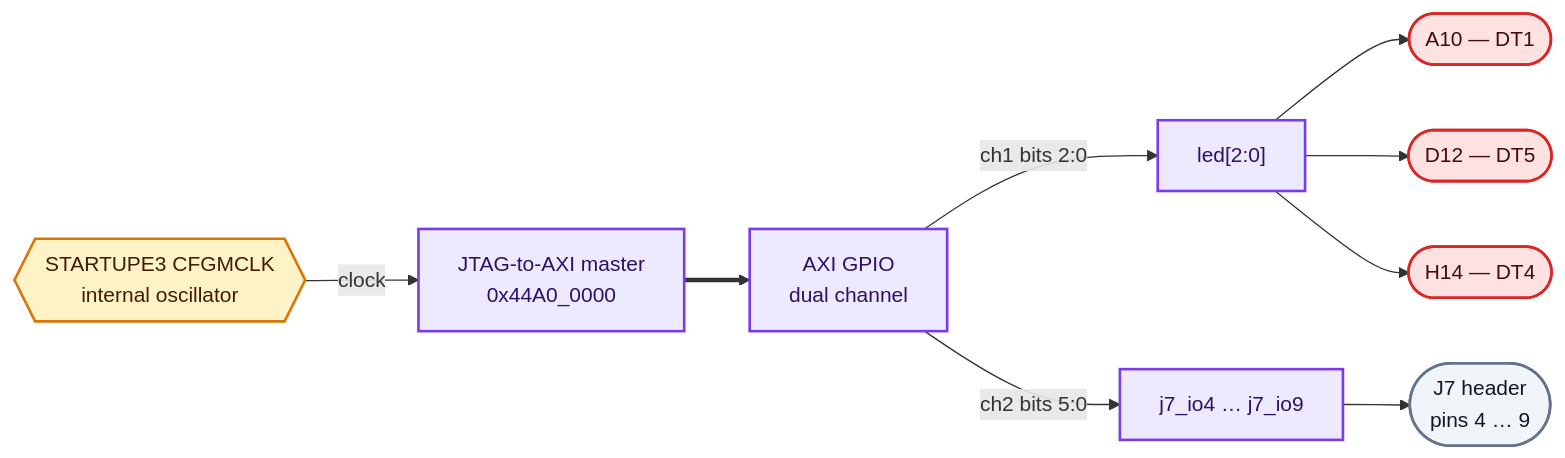
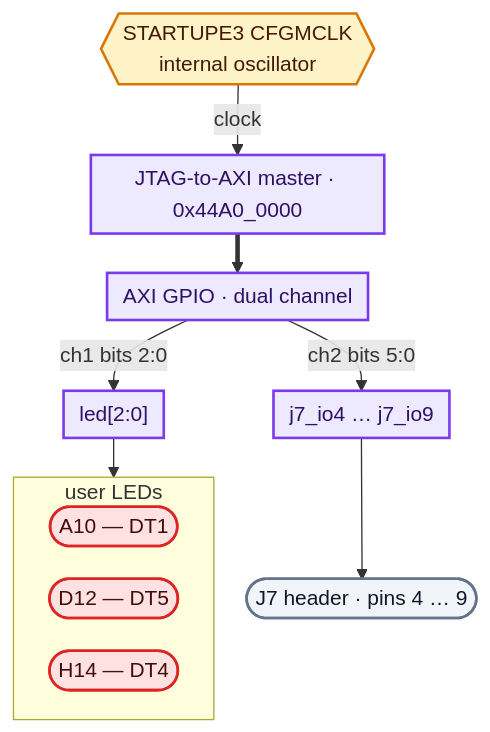
The diagram in leds/README.md (JutsFunFor/xczu27dr-rfsoc), drawn with Mermaid before and after one commit. The commit also changed 7 other files, not shown here.

````diff
--- a/leds/README.md
+++ b/leds/README.md
@@ -45,27 +45,30 @@
 ```mermaid
-flowchart LR
+%%{init: {"flowchart": {"nodeSpacing": 25, "rankSpacing": 30, "padding": 6}}}%%
+flowchart TD
   CLK{{"STARTUPE3 CFGMCLK<br/>internal oscillator"}}
-  AXI["JTAG-to-AXI master<br/>0x44A0_0000"]
-  GPIO["AXI GPIO<br/>dual channel"]
+  AXI["JTAG-to-AXI master · 0x44A0_0000"]
+  GPIO["AXI GPIO · dual channel"]
 
   CLK -->|"clock"| AXI
   AXI ==> GPIO
-
   GPIO -->|"ch1 bits 2:0"| L["led[2:0]"]
   GPIO -->|"ch2 bits 5:0"| J["j7_io4 … j7_io9"]
+  L --> LEDS
+  J --> HDR(["J7 header · pins 4 … 9"])
 
-  L --> D1(["A10 — DT1"])
-  L --> D5(["D12 — DT5"])
-  L --> D4(["H14 — DT4"])
-  J --> HDR(["J7 header<br/>pins 4 … 9"])
+  subgraph LEDS["user LEDs"]
+    D1(["A10 — DT1"])
+    D5(["D12 — DT5"])
+    D4(["H14 — DT4"])
+  end
 
   classDef pl   fill:#ede9fe,stroke:#7c3aed,stroke-width:2px,color:#2e1065
   classDef clk  fill:#fef3c7,stroke:#d97706,stroke-width:2px,color:#451a03
   classDef led  fill:#fee2e2,stroke:#dc2626,stroke-width:2px,color:#450a0a
   classDef ext  fill:#f1f5f9,stroke:#64748b,stroke-width:2px,color:#0f172a
 
   class AXI,GPIO,L,J pl
   class CLK clk
   class D1,D5,D4 led
   class HDR ext
 ```
````
